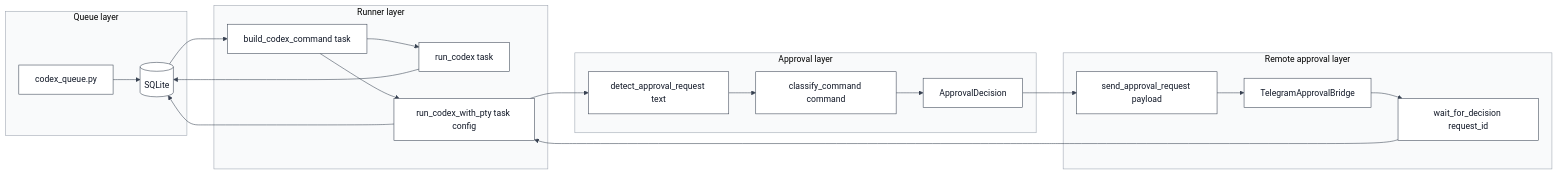
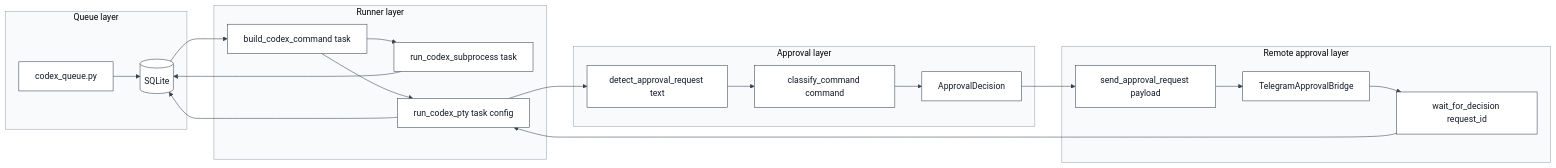
One commit to kinderp/durex changed the second of 7 diagrams in docs/ARCHITECTURE.md. Above: the diagram before and after it, drawn with Mermaid. The commit also changed other lines of this file, not shown here.

First line of the commit message:
Expand architecture documentation

````diff
--- a/docs/ARCHITECTURE.md
+++ b/docs/ARCHITECTURE.md
@@ -43,40 +178,40 @@
 ```mermaid
 %%{init: {"theme": "base", "themeVariables": {"primaryColor": "#ffffff", "primaryTextColor": "#111827", "primaryBorderColor": "#374151", "lineColor": "#374151", "secondaryColor": "#f3f4f6", "tertiaryColor": "#ffffff", "textColor": "#111827", "mainBkg": "#ffffff", "nodeBorder": "#374151", "clusterBkg": "#f9fafb", "clusterBorder": "#9ca3af", "edgeLabelBackground": "#ffffff", "actorBkg": "#ffffff", "actorBorder": "#374151", "actorTextColor": "#111827", "activationBkgColor": "#e5e7eb", "activationBorderColor": "#374151", "signalColor": "#111827", "signalTextColor": "#111827", "noteBkgColor": "#fef3c7", "noteTextColor": "#111827", "noteBorderColor": "#92400e"}}}%%
 flowchart LR
     subgraph QueueLayer[Queue layer]
         CLI[codex_queue.py]
         DB[(SQLite)]
     end
 
     subgraph RunnerLayer[Runner layer]
         BuildCommand[build_codex_command task]
-        ClassicRun[run_codex task]
-        PtyRun[run_codex_with_pty task config]
+        ClassicRun[run_codex_subprocess task]
+        PtyRun[run_codex_pty task config]
     end
 
     subgraph ApprovalLayer[Approval layer]
         Detector[detect_approval_request text]
         Policy[classify_command command]
         Decision[ApprovalDecision]
     end
 
     subgraph RemoteLayer[Remote approval layer]
         Bot[TelegramApprovalBridge]
         Request[send_approval_request payload]
         Wait[wait_for_decision request_id]
     end
 
     CLI --> DB
     DB --> BuildCommand
     BuildCommand --> ClassicRun
     BuildCommand --> PtyRun
     PtyRun --> Detector
     Detector --> Policy
     Policy --> Decision
     Decision --> Request
     Request --> Bot
     Bot --> Wait
     Wait --> PtyRun
     ClassicRun --> DB
     PtyRun --> DB
 ```
````
